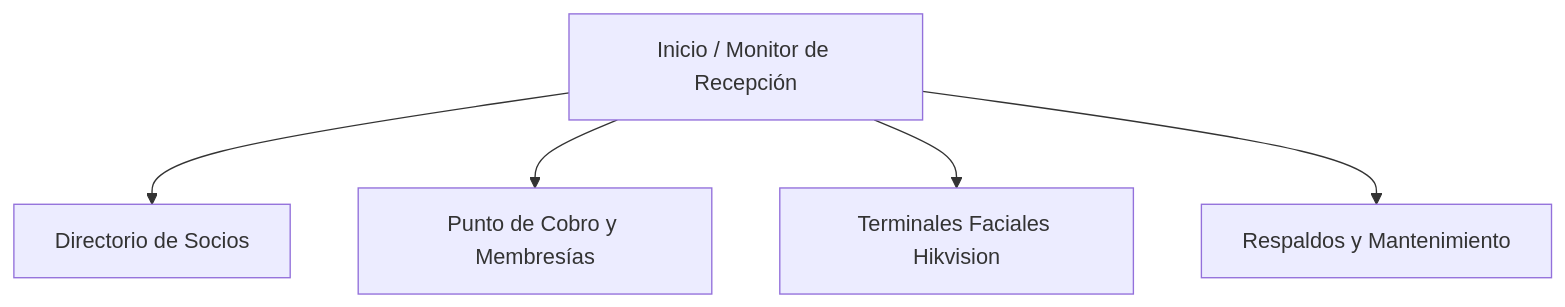
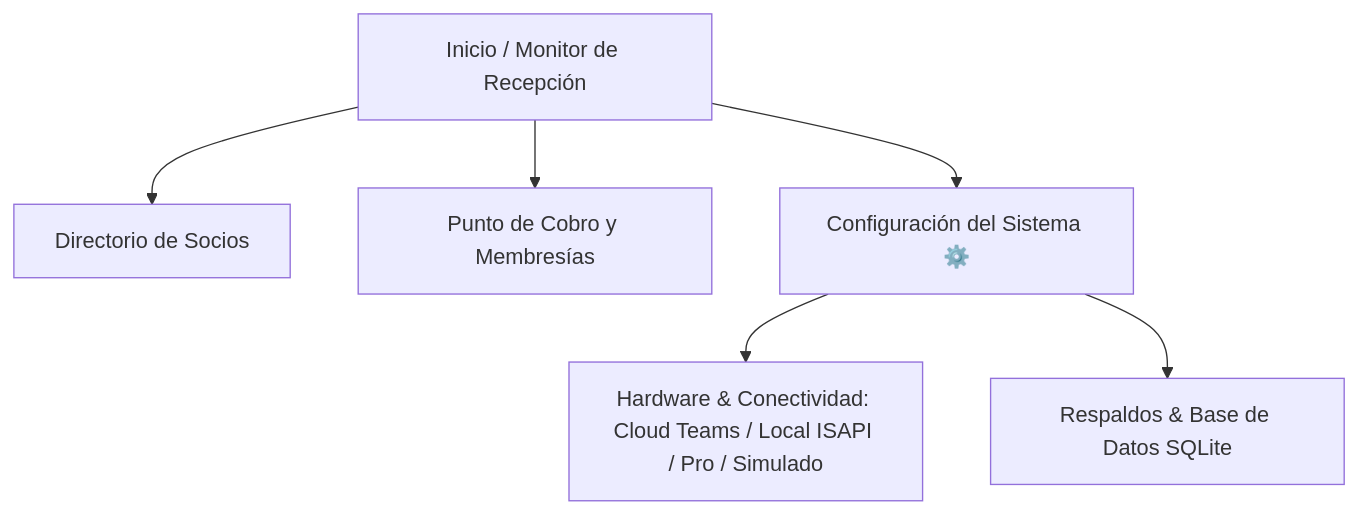
The first of 2 diagrams in USER_GUIDE.md (Walexa84/gymaccess-pro), drawn with Mermaid before and after one commit. The commit also changed other lines of this file and 25 other files, not shown here.

````diff
--- a/USER_GUIDE.md
+++ b/USER_GUIDE.md
@@ -22,7 +22,8 @@
 ```mermaid
 graph TD
     A[Inicio / Monitor de Recepción] --> B[Directorio de Socios]
     A --> C[Punto de Cobro y Membresías]
-    A --> D[Terminales Faciales Hikvision]
-    A --> E[Respaldos y Mantenimiento]
+    A --> D[Configuración del Sistema ⚙️]
+    D --> D1[Hardware & Conectividad: Cloud Teams / Local ISAPI / Pro / Simulado]
+    D --> D2[Respaldos & Base de Datos SQLite]
 ```
````
